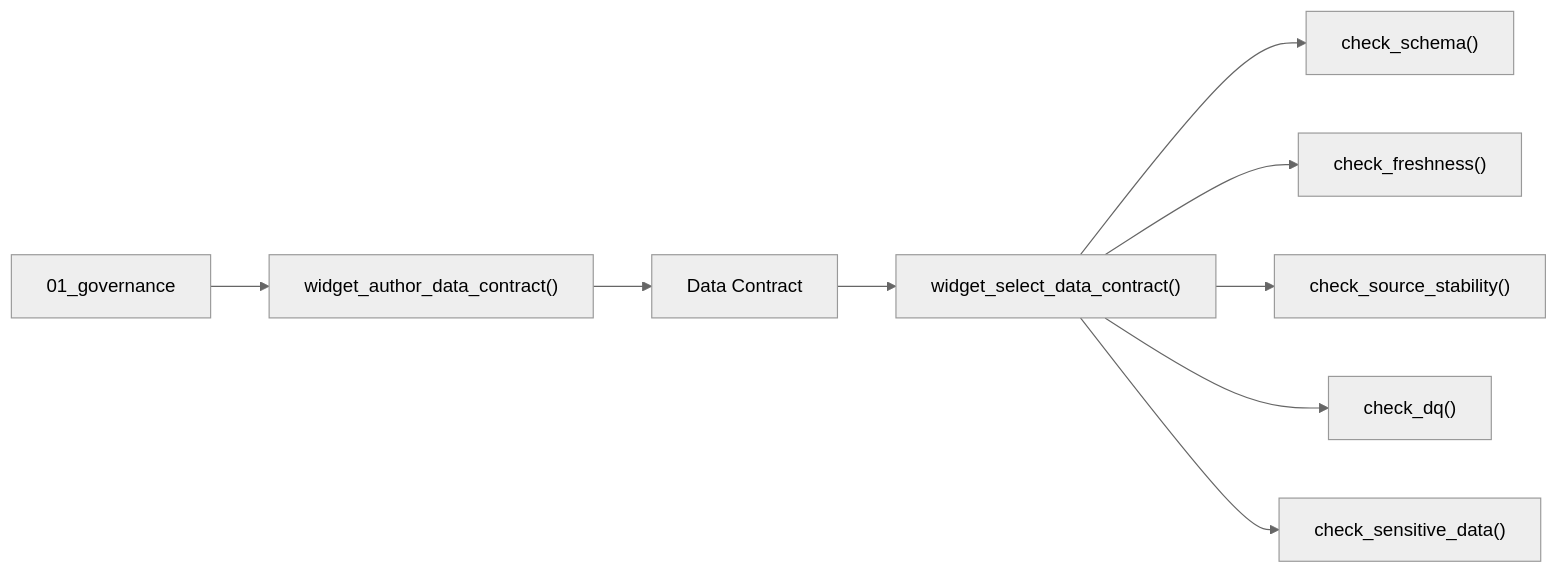
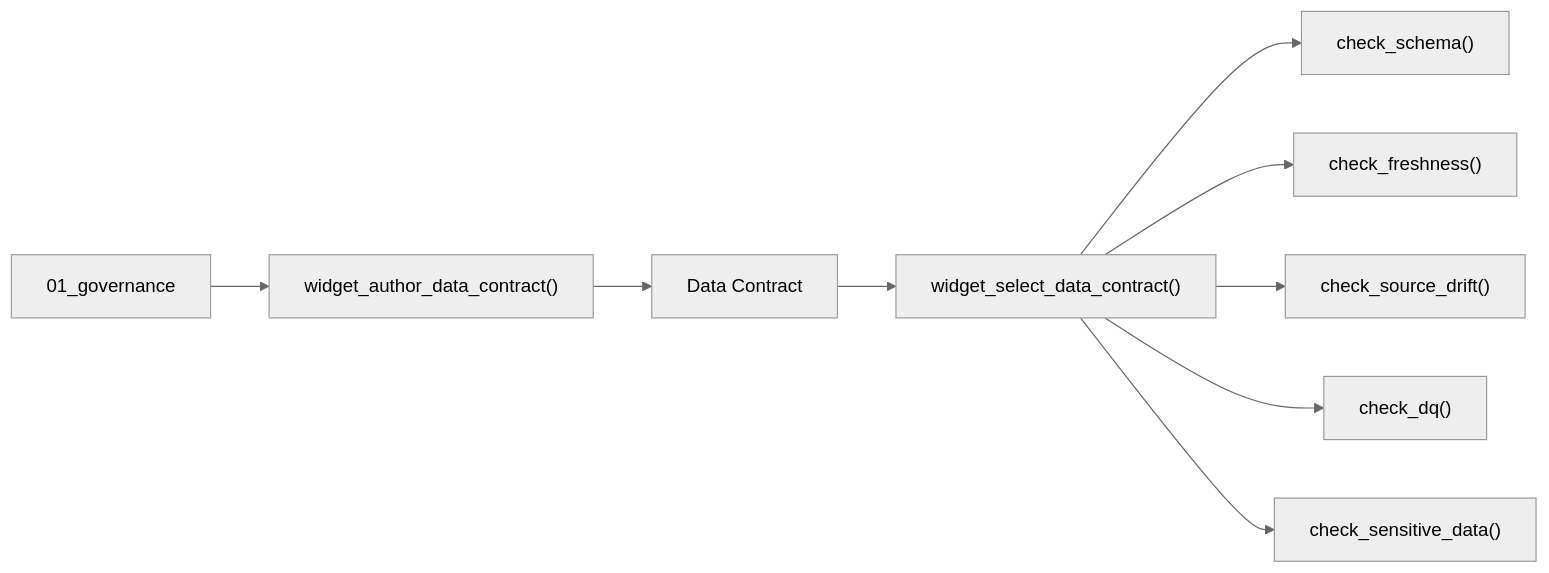
One commit to Voycepeh/FabricOps-Starter-Kit changed the fourth of 5 diagrams in docs/how-fabricops-works.md. Above: the diagram before and after it, drawn with Mermaid (neutral theme). The commit also changed other lines of this file and 49 other files, not shown here.

Commit message:
Rename Source Stability guardrail to Source Drift

````diff
--- a/docs/how-fabricops-works.md
+++ b/docs/how-fabricops-works.md
@@ -202,11 +202,11 @@
 ```mermaid
 flowchart LR
     GOV["01_governance"] --> AUTHOR["widget_author_data_contract()"]
     AUTHOR --> CONTRACT["Data Contract"]
     CONTRACT --> SELECT["widget_select_data_contract()"]
     SELECT --> SCHEMA["check_schema()"]
     SELECT --> FRESH["check_freshness()"]
-    SELECT --> STABILITY["check_source_stability()"]
+    SELECT --> STABILITY["check_source_drift()"]
     SELECT --> DQ["check_dq()"]
     SELECT --> SENSITIVE["check_sensitive_data()"]
 ```
````
